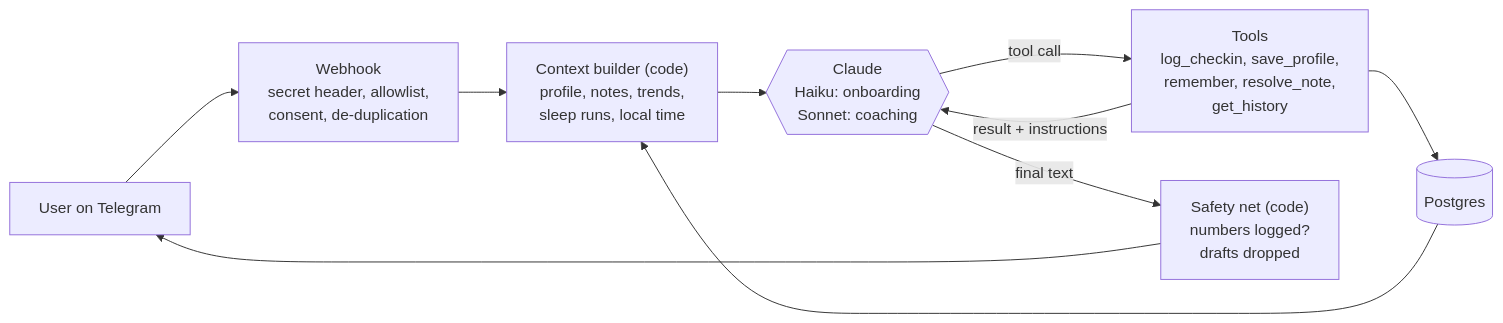
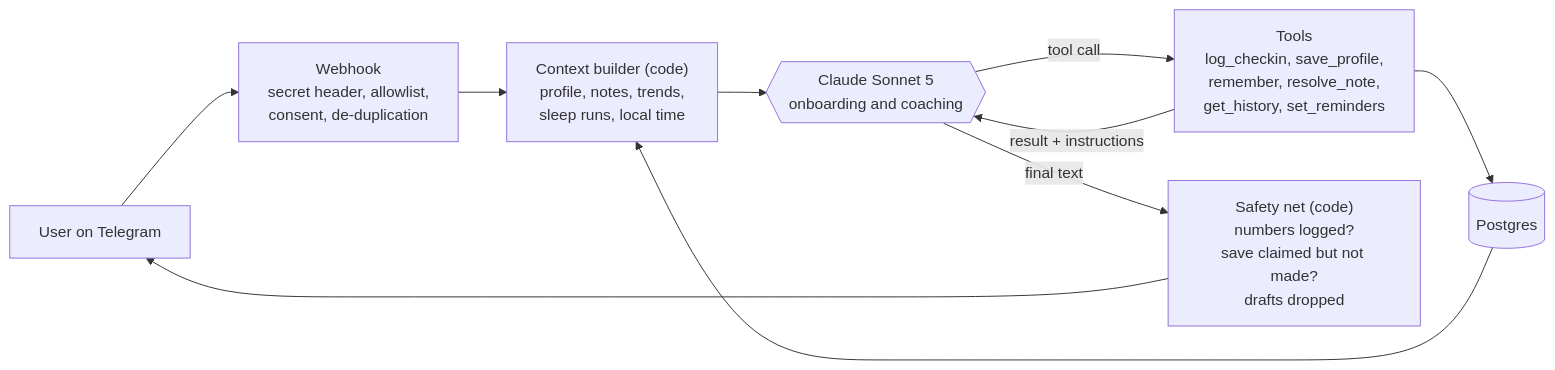
The diagram in README.md (sidd2395/fitness-bot-v2), drawn with Mermaid before and after one commit. The commit also changed other lines of this file and 14 other files, not shown here.

````diff
--- a/README.md
+++ b/README.md
@@ -74,12 +80,12 @@
 ```mermaid
 flowchart LR
     U["User on Telegram"] --> W["Webhook<br/>secret header, allowlist,<br/>consent, de-duplication"]
     W --> C["Context builder (code)<br/>profile, notes, trends,<br/>sleep runs, local time"]
     DB[("Postgres")] --> C
-    C --> M{{"Claude<br/>Haiku: onboarding<br/>Sonnet: coaching"}}
-    M -- "tool call" --> T["Tools<br/>log_checkin, save_profile,<br/>remember, resolve_note,<br/>get_history"]
+    C --> M{{"Claude Sonnet 5<br/>onboarding and coaching"}}
+    M -- "tool call" --> T["Tools<br/>log_checkin, save_profile,<br/>remember, resolve_note,<br/>get_history, set_reminders"]
     T --> DB
     T -- "result + instructions" --> M
-    M -- "final text" --> S["Safety net (code)<br/>numbers logged?<br/>drafts dropped"]
+    M -- "final text" --> S["Safety net (code)<br/>numbers logged?<br/>save claimed but not made?<br/>drafts dropped"]
     S --> U
 ```
````
